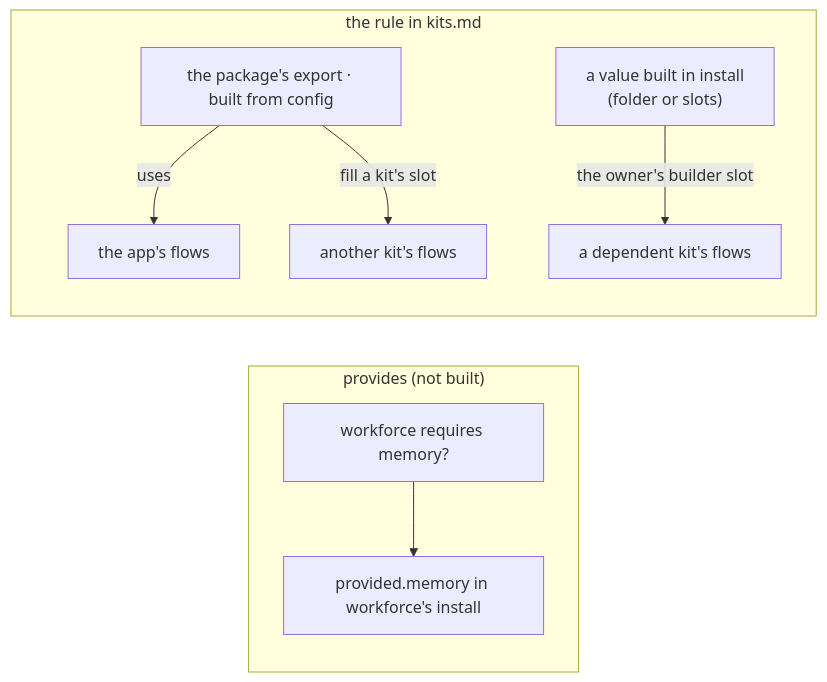
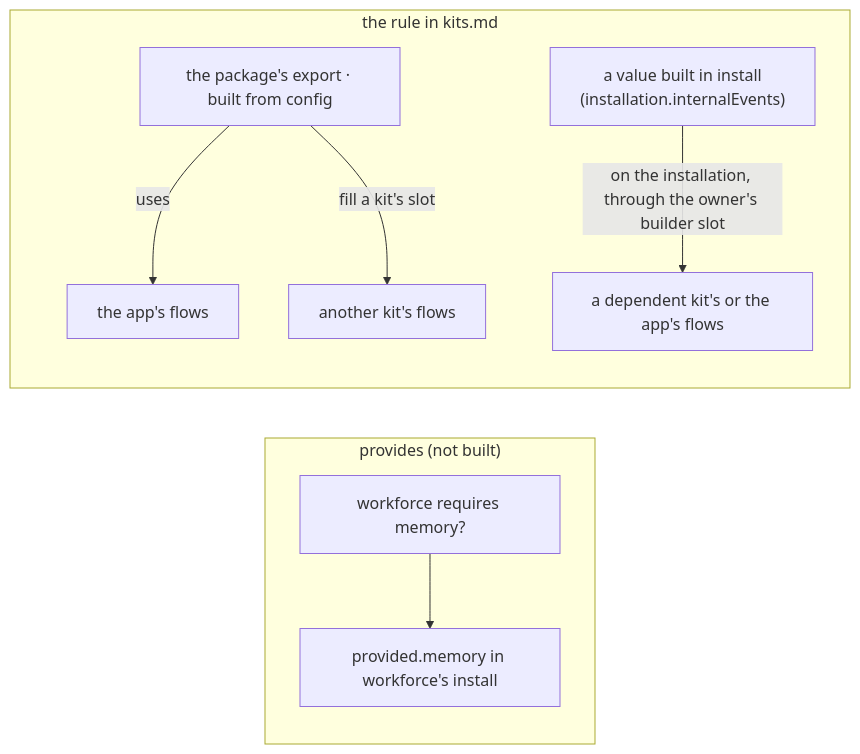
The second of 2 diagrams in specs/issues/FIX-2836/SPEC.md (fixpoint-labs/flow-state-dev), drawn with Mermaid before and after one commit. The commit also changed other lines of this file and 1 other file, not shown here.

First line of the commit message:
spec(FIX-2836): D1 covers install-built values (option A, owner's call)

````diff
--- a/specs/issues/FIX-2836/SPEC.md
+++ b/specs/issues/FIX-2836/SPEC.md
@@ -59,11 +62,11 @@
 ```mermaid
 flowchart LR
   subgraph Proposed["provides (not built)"]
     W1["workforce requires memory?"] --> P1["provided.memory in workforce's install"]
   end
   subgraph Chosen["the rule in kits.md"]
     S["the package's export · built from config"] -->|"uses"| A["the app's flows"]
     S -->|"fill a kit's slot"| K["another kit's flows"]
-    I["a value built in install<br/>(folder or slots)"] -->|"the owner's builder slot"| D["a dependent kit's flows"]
+    I["a value built in install<br/>(installation.internalEvents)"] -->|"on the installation, through the owner's builder slot"| D["a dependent kit's or the app's flows"]
   end
 ```
````
